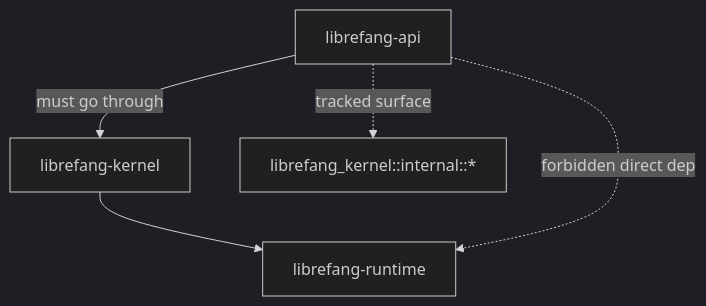
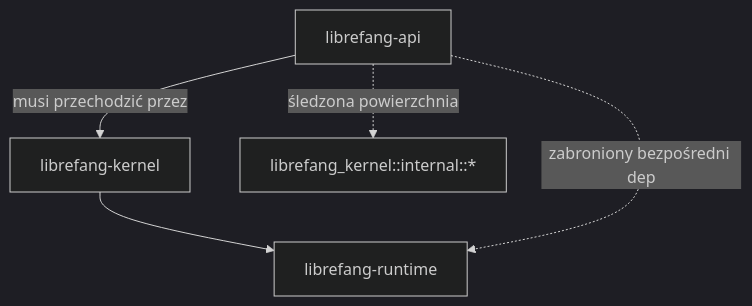
Before and after one commit to leszek3737/librefang-WIki: the diagram in scripts-scripts.md, drawn with Mermaid (dark theme). The commit also changed other lines of this file and 104 other files, not shown here.

````diff
--- a/scripts-scripts.md
+++ b/scripts-scripts.md
@@ -31,7 +31,7 @@
 ```mermaid
 graph TD
-    A["librefang-api"] -->|must go through| K["librefang-kernel"]
+    A["librefang-api"] -->|musi przechodzić przez| K["librefang-kernel"]
     K --> R["librefang-runtime"]
-    A -.->|forbidden direct dep| R
-    A -.->|tracked surface| KI["librefang_kernel::internal::*"]
+    A -.->|zabroniony bezpośredni dep| R
+    A -.->|śledzona powierzchnia| KI["librefang_kernel::internal::*"]
 ```
````
